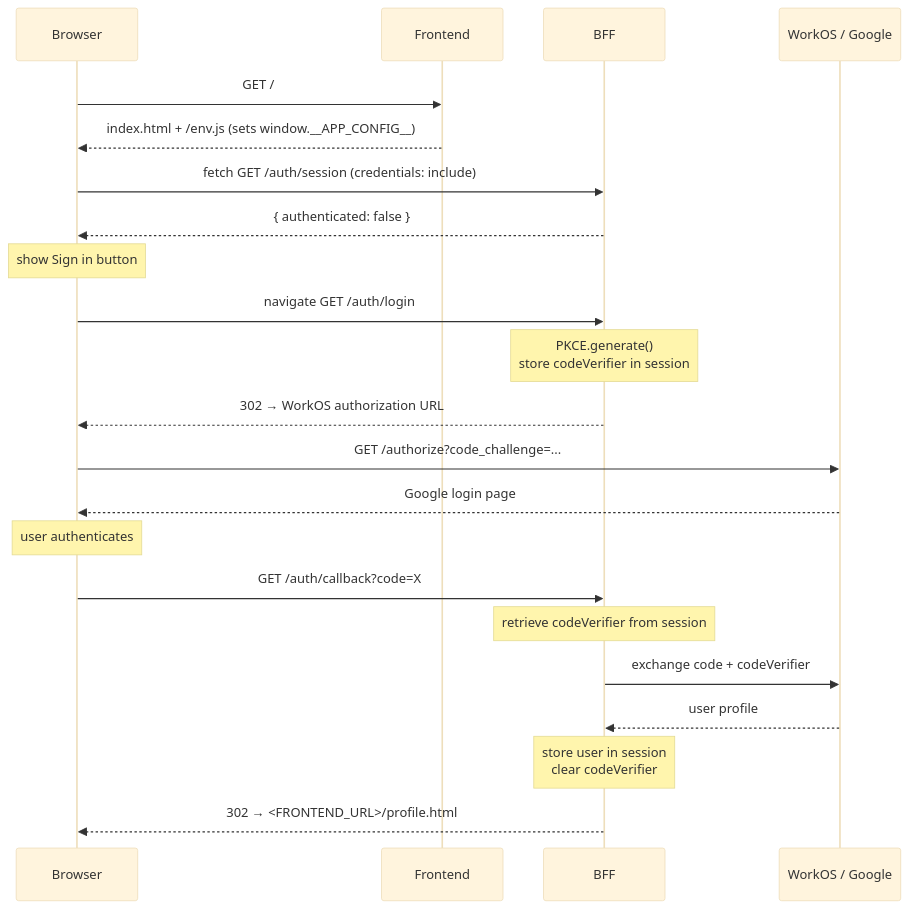
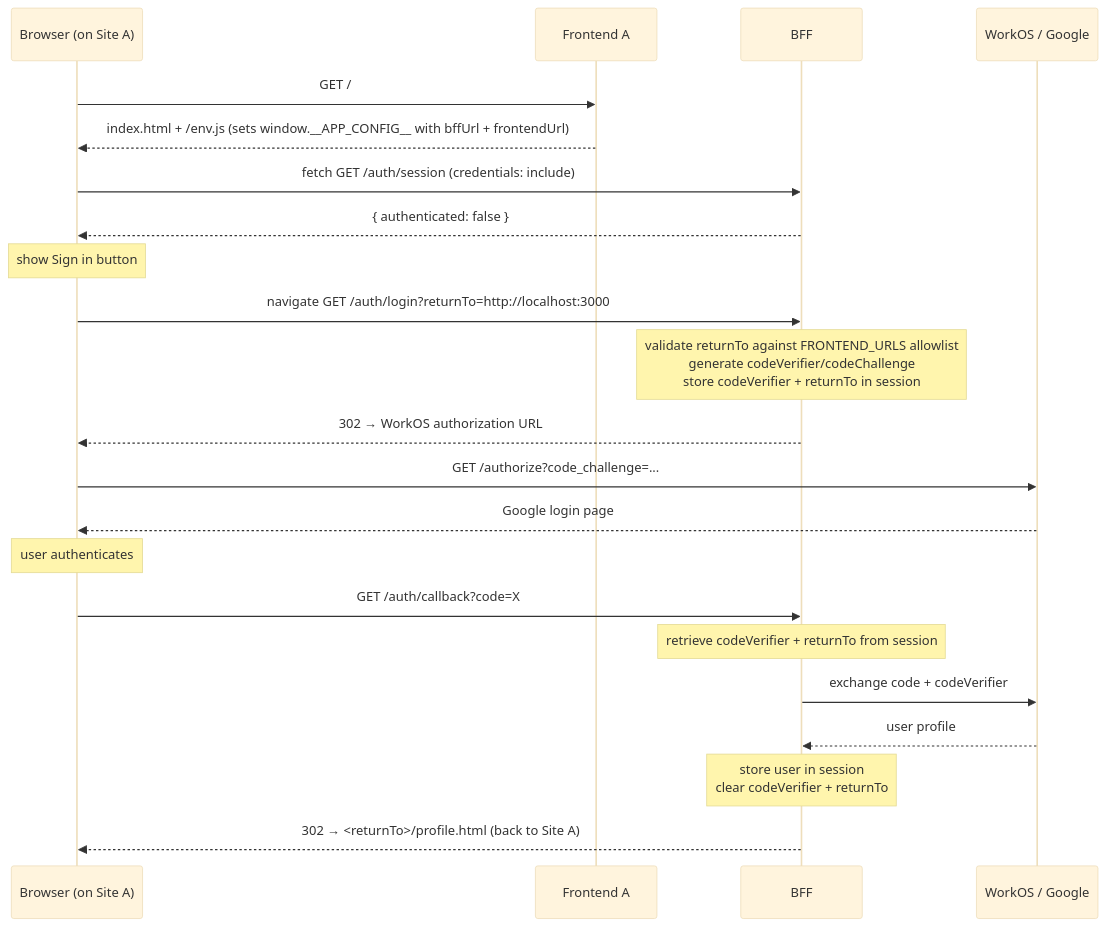
One commit to sijoonlee/workos-demo changed the diagram in spec/design-confirmed.md. Above: the diagram before and after it, drawn with Mermaid (base theme). The commit also changed other lines of this file and 14 other files, not shown here.

````diff
--- a/spec/design-confirmed.md
+++ b/spec/design-confirmed.md
@@ -130,29 +145,29 @@
 ```mermaid
 sequenceDiagram
-    participant B as Browser
-    participant F as Frontend
+    participant B as Browser (on Site A)
+    participant F as Frontend A
     participant BFF as BFF
     participant W as WorkOS / Google
 
     B->>F: GET /
-    F-->>B: index.html + /env.js (sets window.__APP_CONFIG__)
+    F-->>B: index.html + /env.js (sets window.__APP_CONFIG__ with bffUrl + frontendUrl)
 
     B->>BFF: fetch GET /auth/session (credentials: include)
     BFF-->>B: { authenticated: false }
     note over B: show Sign in button
 
-    B->>BFF: navigate GET /auth/login
-    note over BFF: PKCE.generate()<br/>store codeVerifier in session
+    B->>BFF: navigate GET /auth/login?returnTo=http://localhost:3000
+    note over BFF: validate returnTo against FRONTEND_URLS allowlist<br/>generate codeVerifier/codeChallenge<br/>store codeVerifier + returnTo in session
     BFF-->>B: 302 → WorkOS authorization URL
 
     B->>W: GET /authorize?code_challenge=...
     W-->>B: Google login page
     note over B: user authenticates
 
     B->>BFF: GET /auth/callback?code=X
-    note over BFF: retrieve codeVerifier from session
+    note over BFF: retrieve codeVerifier + returnTo from session
     BFF->>W: exchange code + codeVerifier
     W-->>BFF: user profile
-    note over BFF: store user in session<br/>clear codeVerifier
-    BFF-->>B: 302 → <FRONTEND_URL>/profile.html
+    note over BFF: store user in session<br/>clear codeVerifier + returnTo
+    BFF-->>B: 302 → <returnTo>/profile.html  (back to Site A)
 ```
````
